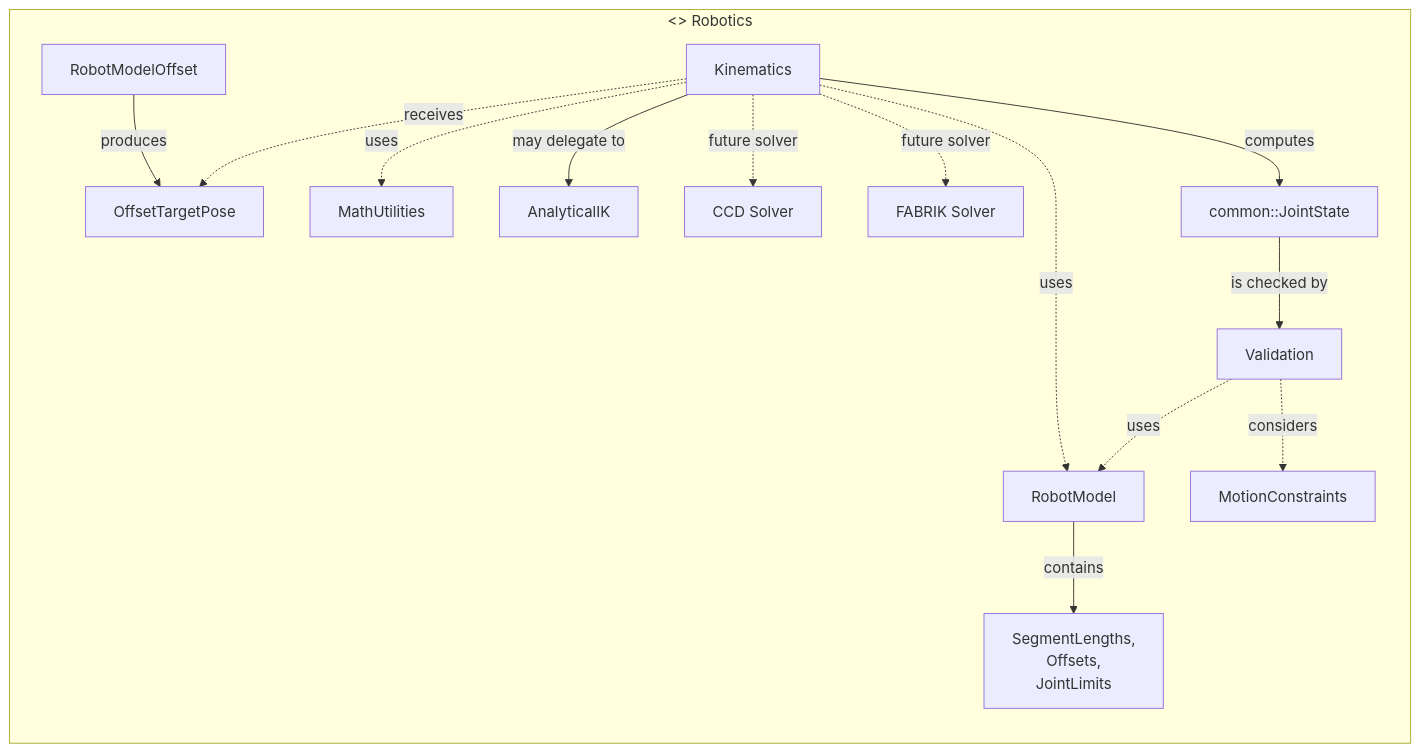
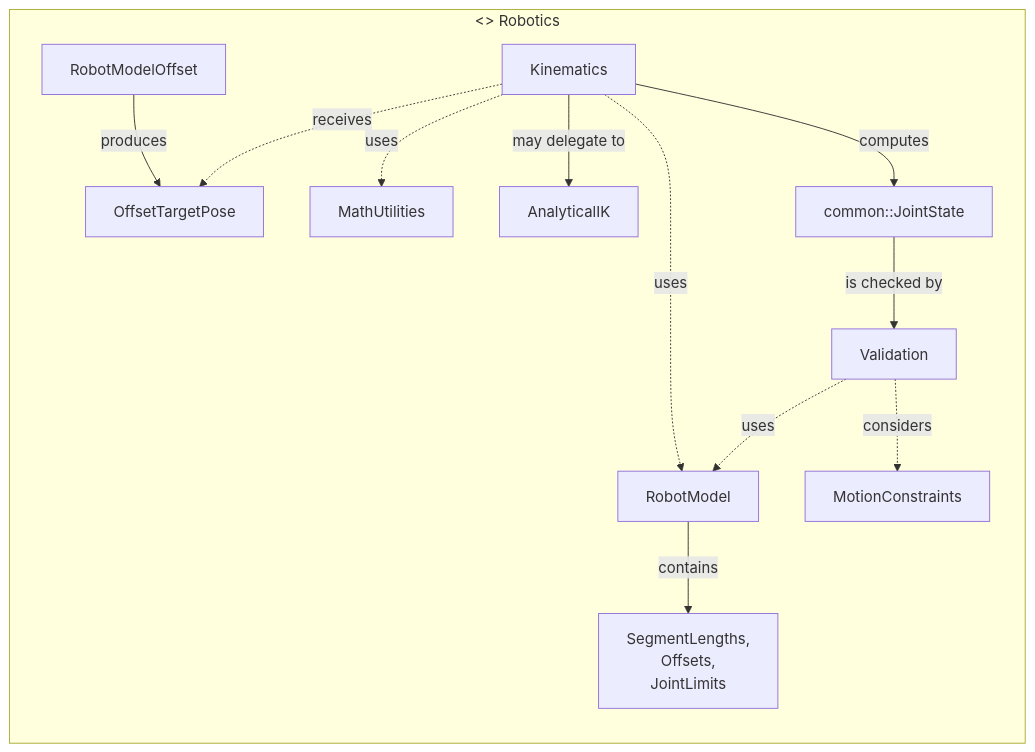
The fourth of 7 diagrams in doc/projektbeschreibung.md (butz1999/inverse_kinematik), drawn with Mermaid before and after one commit. The commit also changed other lines of this file and 10 other files, not shown here.

````diff
--- a/doc/projektbeschreibung.md
+++ b/doc/projektbeschreibung.md
@@ -552,30 +548,26 @@
 ```mermaid
 flowchart LR
     subgraph ROB["<<component>> Robotics"]
         C1[Kinematics]
         C2[Validation]
         C3[RobotModel]
         C4[RobotModelOffset]
         C5[MotionConstraints]
         C6[common::JointState]
         C7[OffsetTargetPose]
         C8[MathUtilities]
         C9[SegmentLengths,\nOffsets,\nJointLimits]
         C10[AnalyticalIK]
-        C11[CCD Solver]
-        C12[FABRIK Solver]
 
         C1 -.->|uses| C3
         C4 -->|produces| C7
         C1 -.->|receives| C7
         C1 -.->|uses| C8
         C1 -->|may delegate to| C10
-        C1 -.->|future solver| C11
-        C1 -.->|future solver| C12
         C2 -.->|uses| C3
         C2 -.->|considers| C5
         C3 -->|contains| C9
         C1 -->|computes| C6
         C6 -->|is checked by| C2
     end
 ```
````
